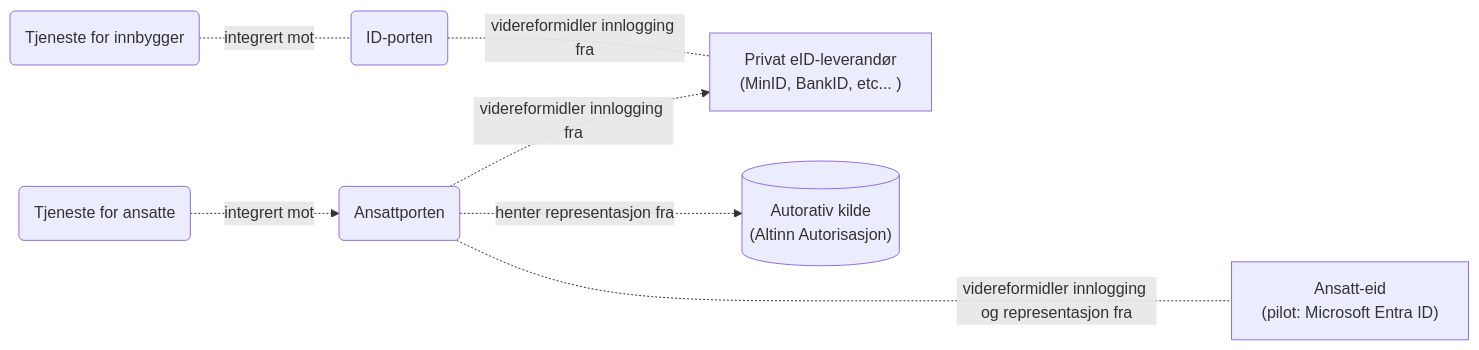
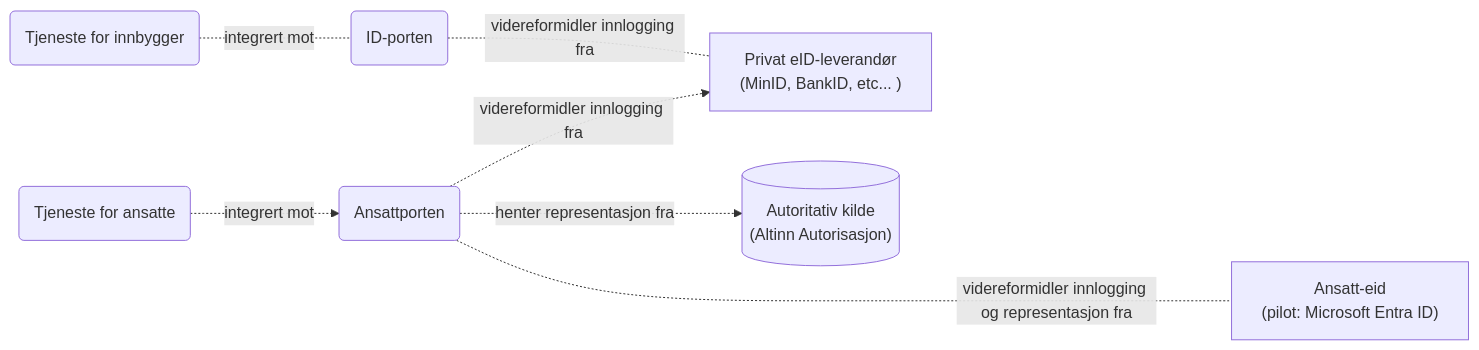
The diagram in _docs/ansattporten/ansattporten_om.md (felleslosninger/docs), drawn with Mermaid before and after one commit. The commit also changed other lines of this file and 9 other files, not shown here.

```diff
--- a/_docs/ansattporten/ansattporten_om.md
+++ b/_docs/ansattporten/ansattporten_om.md
@@ -13,24 +13,24 @@
 <div class="mermaid">
 graph LR
   I(ID-porten)
   A(Ansattporten)
   IRP(Tjeneste for innbygger)
   ARP(Tjeneste for ansatte)
 
   eid["Privat eID-leverandør 
   (MinID, BankID, etc... )"]
-  ak[("Autorativ kilde
+  ak[("Autoritativ kilde
 (Altinn Autorisasjon)")]
   aid["Ansatt-eid
 (pilot: Microsoft Entra ID)"]
 
   IRP -. integrert mot .- I 
   I -. videreformidler innlogging fra  .- eid
 
   ARP -. integrert mot .-> A
   A -. videreformidler innlogging fra .-> eid 
   A -.-> |henter representasjon fra | ak
 
   A -...- | videreformidler innlogging og representasjon fra | aid
 
 </div>
```
